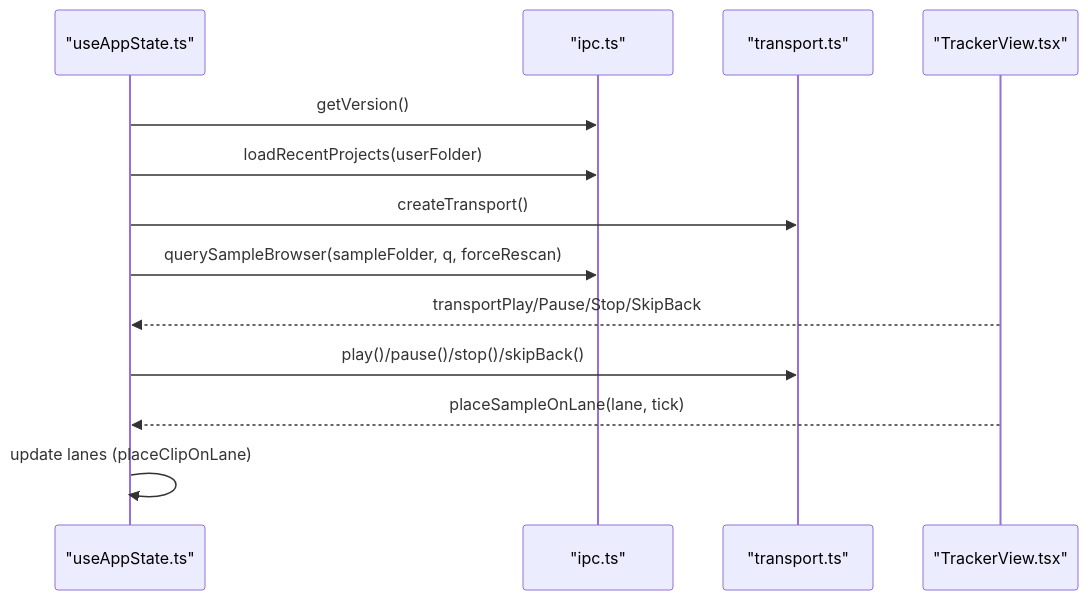
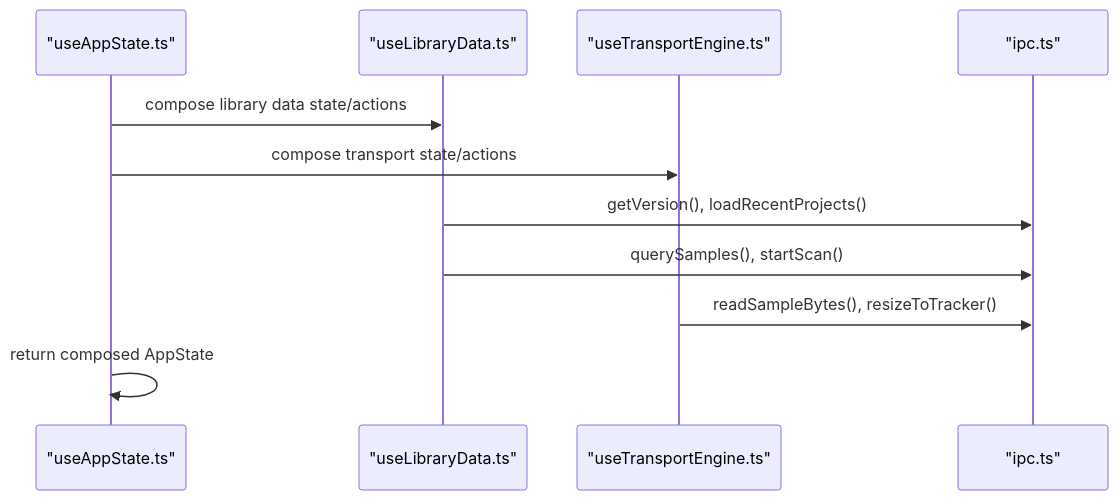
Before and after one commit to satyrlord/mixjam-electron: the fourth of 5 diagrams in .qoder/repowiki/en/content/Core Components/Core Components.md, drawn with Mermaid. The commit also changed other lines of this file and 7 other files, not shown here.

First line of the commit message:
feat(data-management): centralize audio extensions and add hasSamples function

````diff
--- a/.qoder/repowiki/en/content/Core Components/Core Components.md
+++ b/.qoder/repowiki/en/content/Core Components/Core Components.md
@@ -218,15 +259,13 @@
 ```mermaid
 sequenceDiagram
 participant UAS as "useAppState.ts"
+participant ULD as "useLibraryData.ts"
+participant UTE as "useTransportEngine.ts"
 participant IPC as "ipc.ts"
-participant TR as "transport.ts"
-participant TV as "TrackerView.tsx"
-UAS->>IPC : getVersion()
-UAS->>IPC : loadRecentProjects(userFolder)
-UAS->>TR : createTransport()
-UAS->>IPC : querySampleBrowser(sampleFolder, q, forceRescan)
-TV-->>UAS : transportPlay/Pause/Stop/SkipBack
-UAS->>TR : play()/pause()/stop()/skipBack()
-TV-->>UAS : placeSampleOnLane(lane, tick)
-UAS->>UAS : update lanes (placeClipOnLane)
+UAS->>ULD : compose library data state/actions
+UAS->>UTE : compose transport state/actions
+ULD->>IPC : getVersion(), loadRecentProjects()
+ULD->>IPC : querySamples(), startScan()
+UTE->>IPC : readSampleBytes(), resizeToTracker()
+UAS->>UAS : return composed AppState
 ```
````
